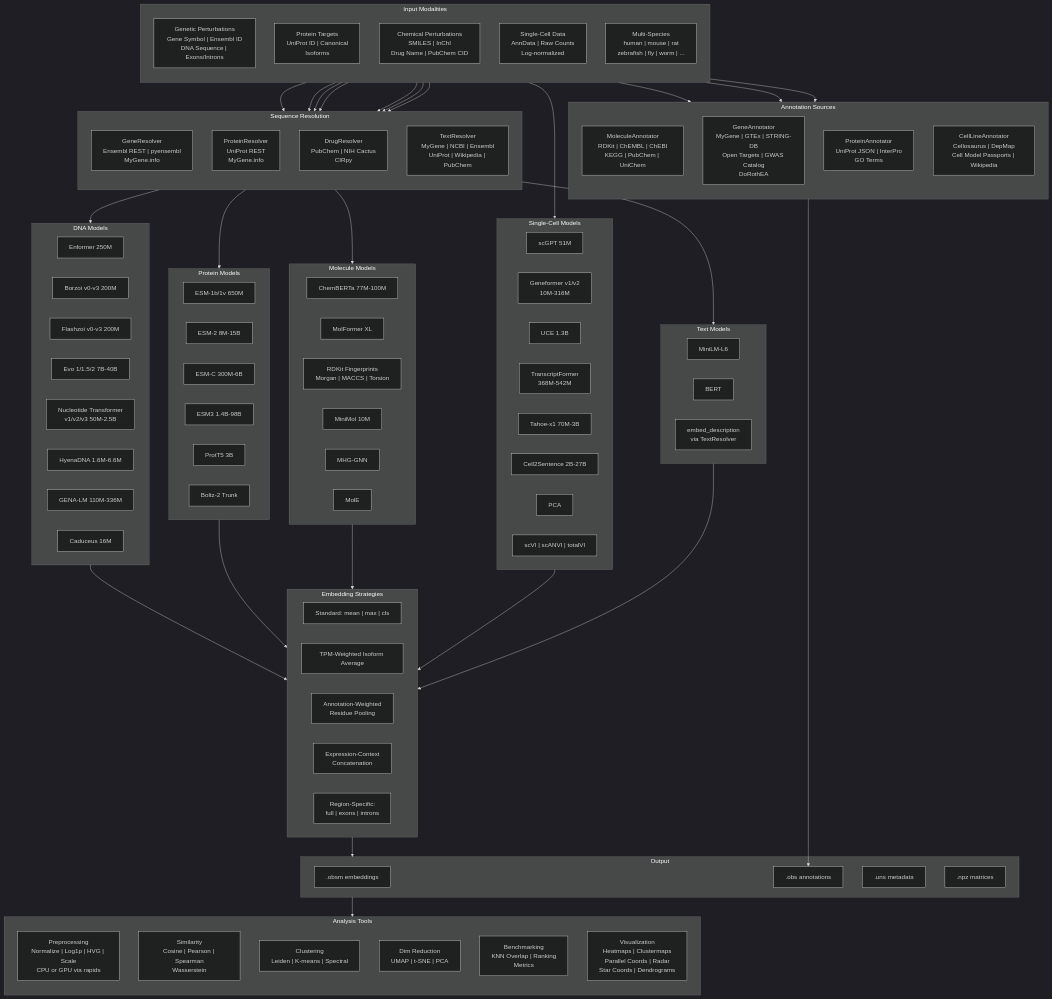
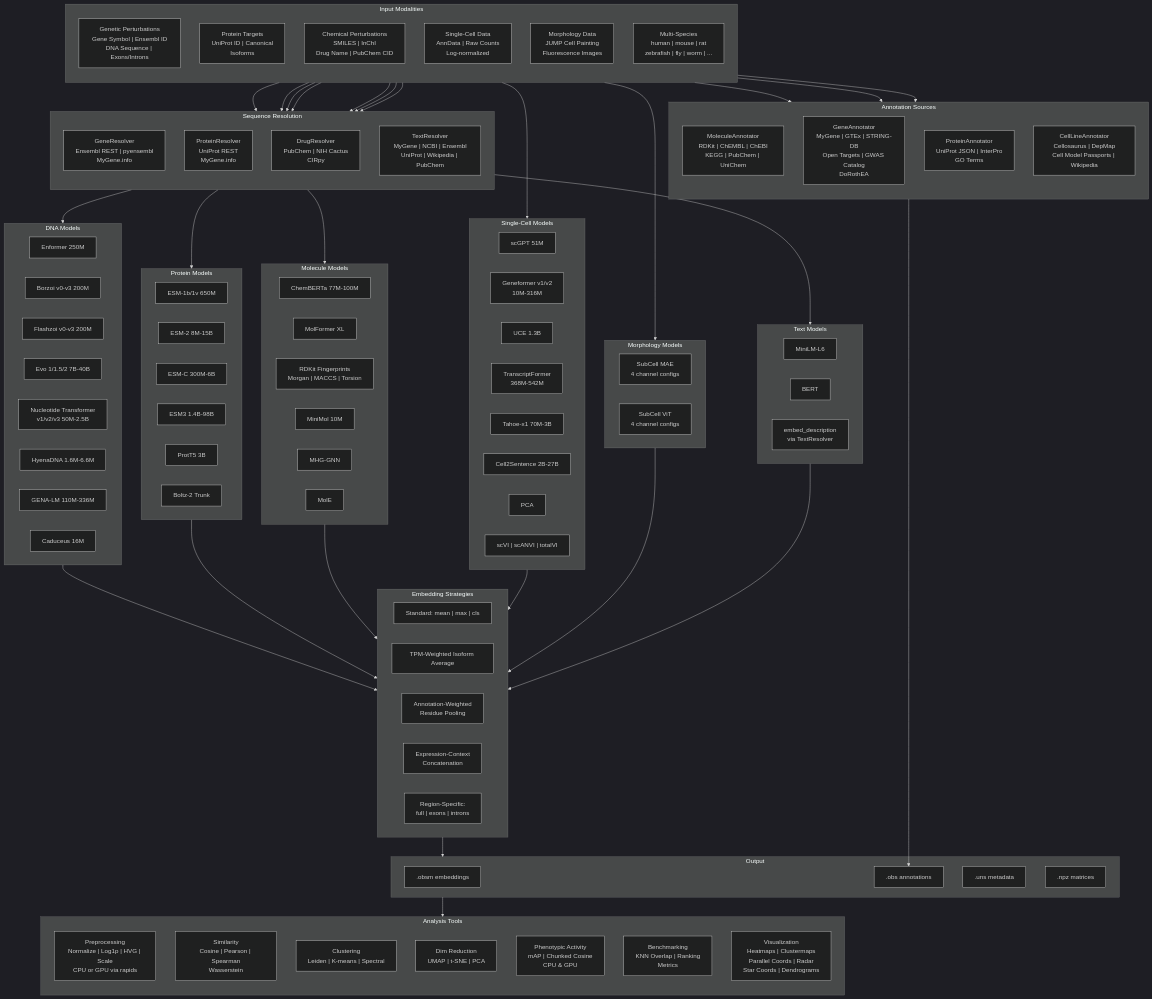
The diagram in README.md (theislab/embpy), drawn with Mermaid (dark theme) before and after one commit. The commit also changed other lines of this file and 7 other files, not shown here.

```diff
--- a/README.md
+++ b/README.md
@@ -33,6 +33,7 @@
         ProtInput["Protein Targets\nUniProt ID | Canonical\nIsoforms"]
         MolInput["Chemical Perturbations\nSMILES | InChI\nDrug Name | PubChem CID"]
         CellInput["Single-Cell Data\nAnnData | Raw Counts\nLog-normalized"]
+        MorphInput["Morphology Data\nJUMP Cell Painting\nFluorescence Images"]
         SpeciesInput["Multi-Species\nhuman | mouse | rat\nzebrafish | fly | worm | ..."]
     end
 
@@ -98,6 +99,11 @@
         scVIM["scVI | scANVI | totalVI"]
     end
 
+    subgraph morph_models [Morphology Models]
+        SubCellMAE["SubCell MAE\n4 channel configs"]
+        SubCellViT["SubCell ViT\n4 channel configs"]
+    end
+
     subgraph strategies [Embedding Strategies]
         StdPool["Standard: mean | max | cls"]
         TPMWeight["TPM-Weighted Isoform Average"]
@@ -112,6 +118,7 @@
         Sim["Similarity\nCosine | Pearson | Spearman\nWasserstein"]
         Cluster["Clustering\nLeiden | K-means | Spectral"]
         DimRed["Dim Reduction\nUMAP | t-SNE | PCA"]
+        Activity["Phenotypic Activity\nmAP | Chunked Cosine\nCPU & GPU"]
         Bench["Benchmarking\nKNN Overlap | Ranking\nMetrics"]
         Viz["Visualization\nHeatmaps | Clustermaps\nParallel Coords | Radar\nStar Coords | Dendrograms"]
     end
@@ -127,6 +134,7 @@
     GeneInput --> ProtRes
     MolInput --> DrugRes
     CellInput --> sc_models
+    MorphInput --> morph_models
     SpeciesInput --> GeneRes
     SpeciesInput --> ProtRes
 
@@ -145,6 +153,7 @@
     prot_models --> strategies
     mol_models --> strategies
     sc_models --> strategies
+    morph_models --> strategies
     text_models --> strategies
 
     strategies --> outputBlock
```
